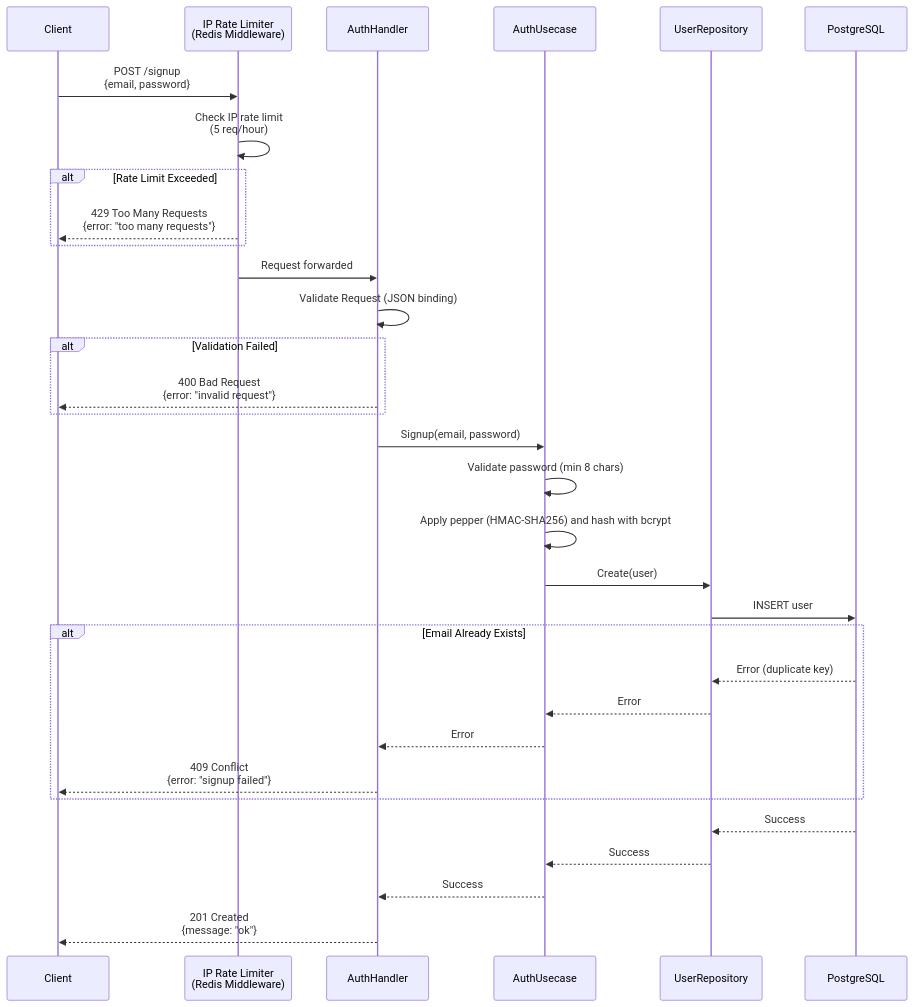
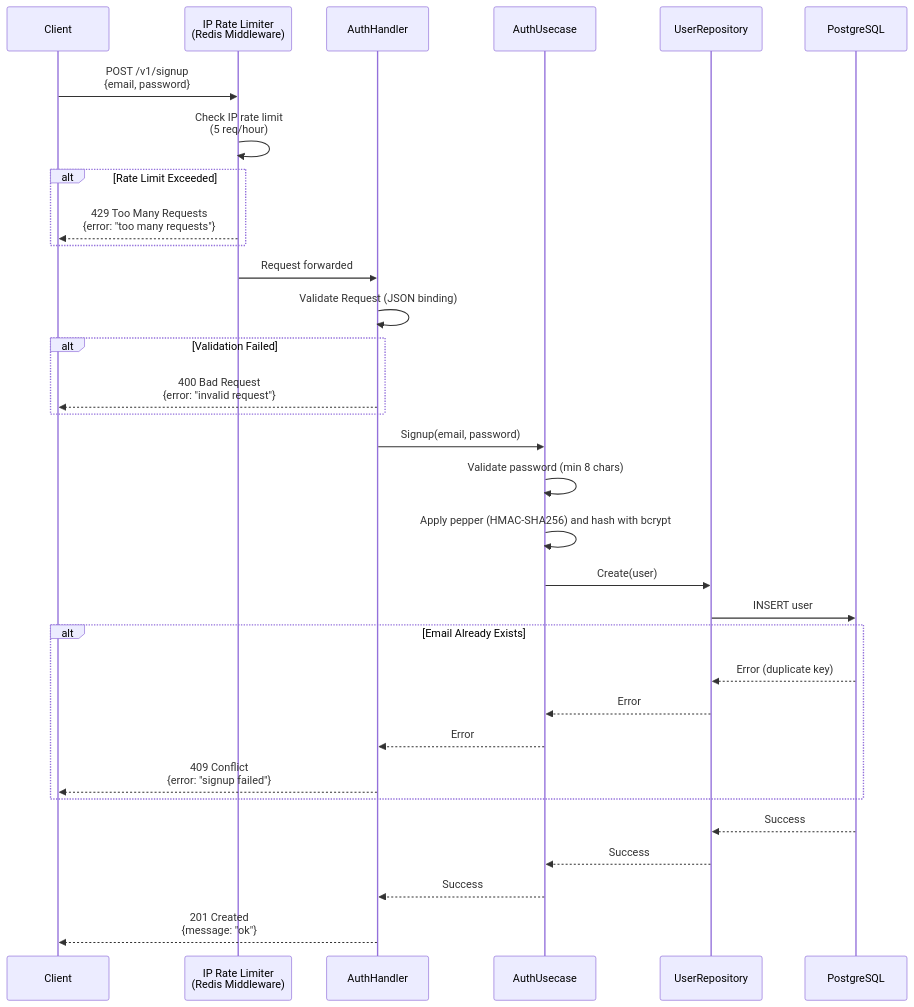
One commit to UCHIDAnobuhiro/stock_backend changed the first of 3 diagrams in internal/feature/auth/README.md. Above: the diagram before and after it, drawn with Mermaid. The commit also changed other lines of this file and 6 other files, not shown here.

````diff
--- a/internal/feature/auth/README.md
+++ b/internal/feature/auth/README.md
@@ -19,41 +19,41 @@
 ```mermaid
 sequenceDiagram
     participant Client
     participant RateLimit as IP Rate Limiter<br/>(Redis Middleware)
     participant Handler as AuthHandler
     participant Usecase as AuthUsecase
     participant Repository as UserRepository
     participant DB as PostgreSQL
 
-    Client->>RateLimit: POST /signup<br/>{email, password}
+    Client->>RateLimit: POST /v1/signup<br/>{email, password}
     RateLimit->>RateLimit: Check IP rate limit<br/>(5 req/hour)
 
     alt Rate Limit Exceeded
         RateLimit-->>Client: 429 Too Many Requests<br/>{error: "too many requests"}
     end
 
     RateLimit->>Handler: Request forwarded
     Handler->>Handler: Validate Request (JSON binding)
 
     alt Validation Failed
         Handler-->>Client: 400 Bad Request<br/>{error: "invalid request"}
     end
 
     Handler->>Usecase: Signup(email, password)
     Usecase->>Usecase: Validate password (min 8 chars)
     Usecase->>Usecase: Apply pepper (HMAC-SHA256) and hash with bcrypt
     Usecase->>Repository: Create(user)
     Repository->>DB: INSERT user
 
     alt Email Already Exists
         DB-->>Repository: Error (duplicate key)
         Repository-->>Usecase: Error
         Usecase-->>Handler: Error
         Handler-->>Client: 409 Conflict<br/>{error: "signup failed"}
     end
 
     DB-->>Repository: Success
     Repository-->>Usecase: Success
     Usecase-->>Handler: Success
     Handler-->>Client: 201 Created<br/>{message: "ok"}
 ```
````
